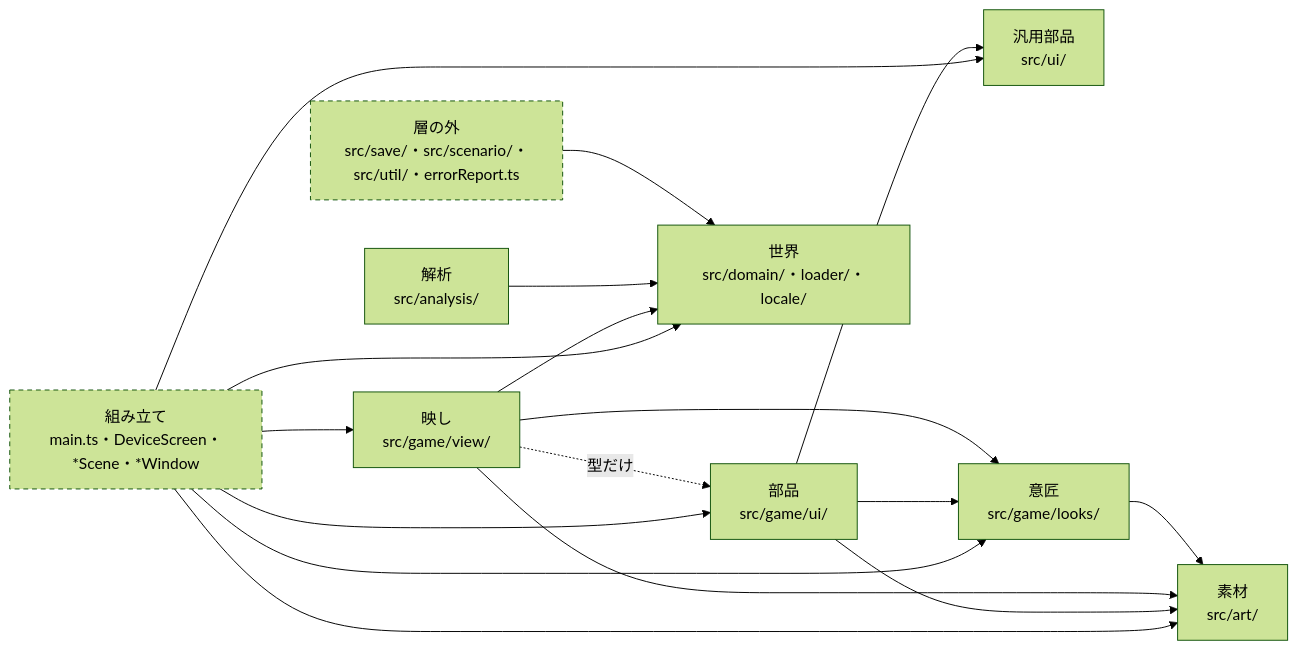
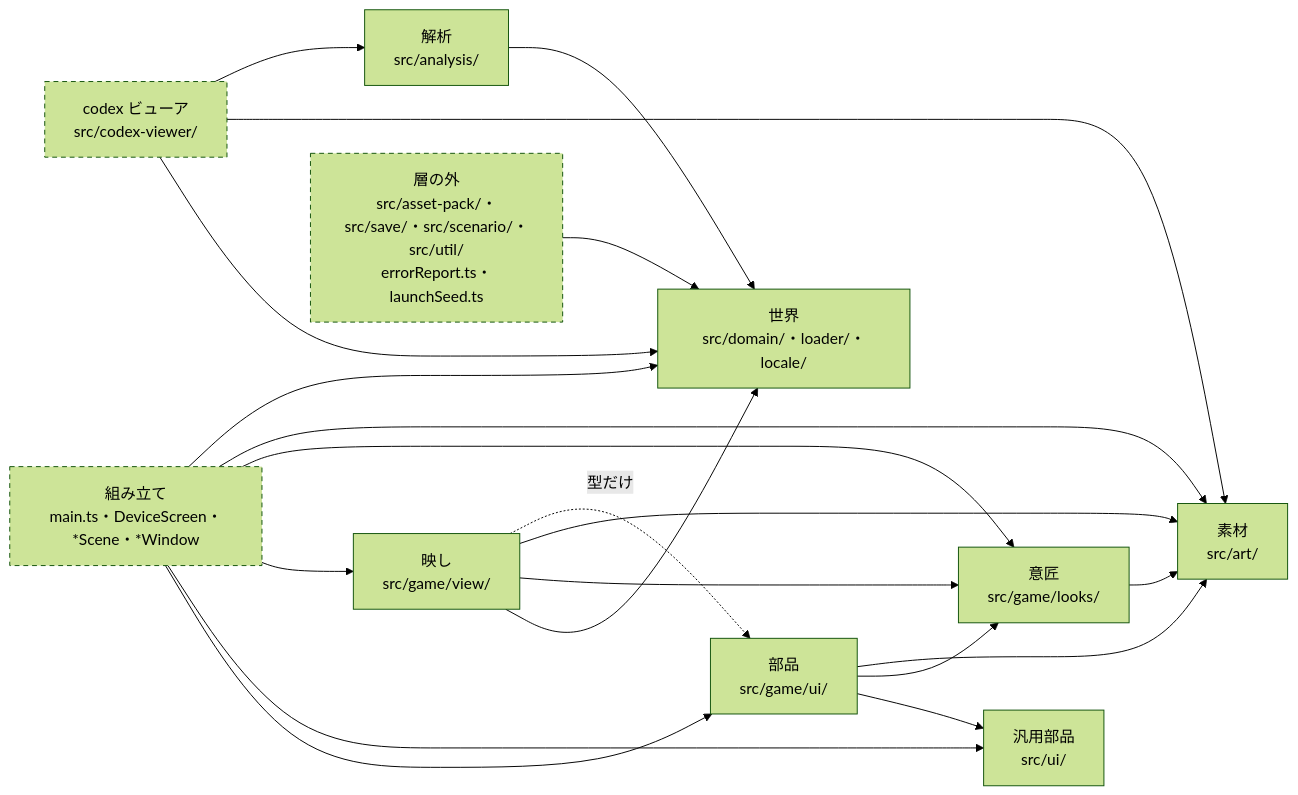
One commit to gooyyu1/UnmappedIsland changed the diagram in docs/CodeStructure.md. Above: the diagram before and after it, drawn with Mermaid (forest theme). The commit also changed other lines of this file and 2 other files, not shown here.

````diff
--- a/docs/CodeStructure.md
+++ b/docs/CodeStructure.md
@@ -55,23 +65,25 @@
 ```mermaid
 flowchart LR
     Assembly["組み立て<br/>main.ts・DeviceScreen・*Scene・*Window"]
     Parts["部品<br/>src/game/ui/"]
     Common["汎用部品<br/>src/ui/"]
     Looks["意匠<br/>src/game/looks/"]
     Art["素材<br/>src/art/"]
     View["映し<br/>src/game/view/"]
     World["世界<br/>src/domain/・loader/・locale/"]
     Analysis["解析<br/>src/analysis/"]
-    Outside["層の外<br/>src/save/・src/scenario/・src/util/・errorReport.ts"]
+    Outside["層の外<br/>src/asset-pack/・src/save/・src/scenario/・src/util/<br/>errorReport.ts・launchSeed.ts"]
+    Codex["codex ビューア<br/>src/codex-viewer/"]
 
     Assembly --> Parts & Common & View & Looks & Art & World
     Parts --> Common & Looks & Art
     View --> World & Looks & Art
     View -.->|"型だけ"| Parts
     Looks --> Art
     Analysis --> World
     Outside --> World
+    Codex --> World & Art & Analysis
 
     classDef notLayer stroke-dasharray: 5 4
-    class Assembly,Outside notLayer
+    class Assembly,Outside,Codex notLayer
 ```
````
